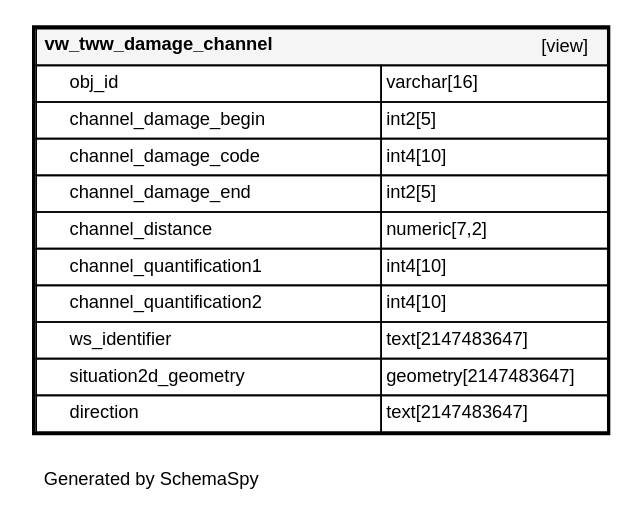
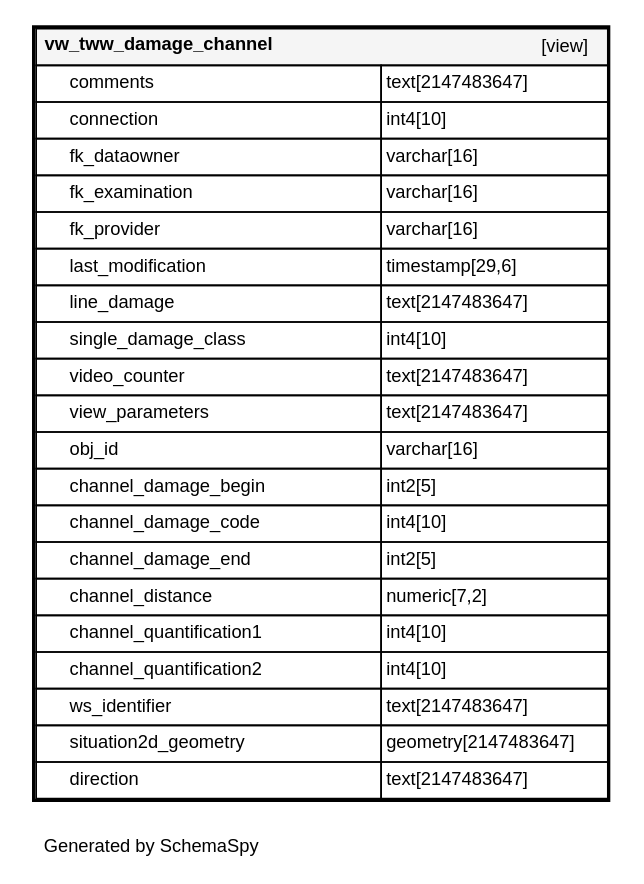
The diagram in fr/_static/datamodel/tww_app/diagrams/tables/vw_tww_damage_channel.1degree.dot (teksi/wastewater), drawn with Graphviz before and after one commit. The commit also changed 365 other files, not shown here.

```diff
--- a/fr/_static/datamodel/tww_app/diagrams/tables/vw_tww_damage_channel.1degree.dot
+++ b/fr/_static/datamodel/tww_app/diagrams/tables/vw_tww_damage_channel.1degree.dot
@@ -1,22 +1,32 @@
 digraph "oneDegreeRelationshipsDiagram" {
   graph [    rankdir="RL"    bgcolor="#ffffff"    label="\nGenerated by SchemaSpy"    labeljust="l"    nodesep="0.18"    ranksep="0.46"    fontname="Helvetica"    fontsize="11"    packmode="graph"  ];  node [    fontname="Helvetica"    fontsize="11"    shape="plaintext"  ];  edge [    arrowsize="0.8"  ];
   "vw_tww_damage_channel" [
    label=<
     <TABLE BORDER="2" CELLBORDER="1" CELLSPACING="0" BGCOLOR="#ffffff">
       <TR><TD COLSPAN="4"  BGCOLOR="#f5f5f5"><TABLE BORDER="0" CELLSPACING="0"><TR><TD ALIGN="LEFT" FIXEDSIZE="TRUE" WIDTH="186" HEIGHT="16"><B>vw_tww_damage_channel</B></TD><TD ALIGN="RIGHT">[view]</TD></TR></TABLE></TD></TR>
+      <TR><TD PORT="comments" COLSPAN="2" ALIGN="LEFT"><TABLE BORDER="0" CELLSPACING="0" ALIGN="LEFT"><TR ALIGN="LEFT"><TD ALIGN="LEFT" FIXEDSIZE="TRUE" WIDTH="15" HEIGHT="16"></TD><TD ALIGN="LEFT" FIXEDSIZE="TRUE" WIDTH="186" HEIGHT="16">comments</TD></TR></TABLE></TD><TD PORT="comments.type" ALIGN="LEFT">text[2147483647]</TD></TR>
+      <TR><TD PORT="connection" COLSPAN="2" ALIGN="LEFT"><TABLE BORDER="0" CELLSPACING="0" ALIGN="LEFT"><TR ALIGN="LEFT"><TD ALIGN="LEFT" FIXEDSIZE="TRUE" WIDTH="15" HEIGHT="16"></TD><TD ALIGN="LEFT" FIXEDSIZE="TRUE" WIDTH="186" HEIGHT="16">connection</TD></TR></TABLE></TD><TD PORT="connection.type" ALIGN="LEFT">int4[10]</TD></TR>
+      <TR><TD PORT="fk_dataowner" COLSPAN="2" ALIGN="LEFT"><TABLE BORDER="0" CELLSPACING="0" ALIGN="LEFT"><TR ALIGN="LEFT"><TD ALIGN="LEFT" FIXEDSIZE="TRUE" WIDTH="15" HEIGHT="16"></TD><TD ALIGN="LEFT" FIXEDSIZE="TRUE" WIDTH="186" HEIGHT="16">fk_dataowner</TD></TR></TABLE></TD><TD PORT="fk_dataowner.type" ALIGN="LEFT">varchar[16]</TD></TR>
+      <TR><TD PORT="fk_examination" COLSPAN="2" ALIGN="LEFT"><TABLE BORDER="0" CELLSPACING="0" ALIGN="LEFT"><TR ALIGN="LEFT"><TD ALIGN="LEFT" FIXEDSIZE="TRUE" WIDTH="15" HEIGHT="16"></TD><TD ALIGN="LEFT" FIXEDSIZE="TRUE" WIDTH="186" HEIGHT="16">fk_examination</TD></TR></TABLE></TD><TD PORT="fk_examination.type" ALIGN="LEFT">varchar[16]</TD></TR>
+      <TR><TD PORT="fk_provider" COLSPAN="2" ALIGN="LEFT"><TABLE BORDER="0" CELLSPACING="0" ALIGN="LEFT"><TR ALIGN="LEFT"><TD ALIGN="LEFT" FIXEDSIZE="TRUE" WIDTH="15" HEIGHT="16"></TD><TD ALIGN="LEFT" FIXEDSIZE="TRUE" WIDTH="186" HEIGHT="16">fk_provider</TD></TR></TABLE></TD><TD PORT="fk_provider.type" ALIGN="LEFT">varchar[16]</TD></TR>
+      <TR><TD PORT="last_modification" COLSPAN="2" ALIGN="LEFT"><TABLE BORDER="0" CELLSPACING="0" ALIGN="LEFT"><TR ALIGN="LEFT"><TD ALIGN="LEFT" FIXEDSIZE="TRUE" WIDTH="15" HEIGHT="16"></TD><TD ALIGN="LEFT" FIXEDSIZE="TRUE" WIDTH="186" HEIGHT="16">last_modification</TD></TR></TABLE></TD><TD PORT="last_modification.type" ALIGN="LEFT">timestamp[29,6]</TD></TR>
+      <TR><TD PORT="line_damage" COLSPAN="2" ALIGN="LEFT"><TABLE BORDER="0" CELLSPACING="0" ALIGN="LEFT"><TR ALIGN="LEFT"><TD ALIGN="LEFT" FIXEDSIZE="TRUE" WIDTH="15" HEIGHT="16"></TD><TD ALIGN="LEFT" FIXEDSIZE="TRUE" WIDTH="186" HEIGHT="16">line_damage</TD></TR></TABLE></TD><TD PORT="line_damage.type" ALIGN="LEFT">text[2147483647]</TD></TR>
+      <TR><TD PORT="single_damage_class" COLSPAN="2" ALIGN="LEFT"><TABLE BORDER="0" CELLSPACING="0" ALIGN="LEFT"><TR ALIGN="LEFT"><TD ALIGN="LEFT" FIXEDSIZE="TRUE" WIDTH="15" HEIGHT="16"></TD><TD ALIGN="LEFT" FIXEDSIZE="TRUE" WIDTH="186" HEIGHT="16">single_damage_class</TD></TR></TABLE></TD><TD PORT="single_damage_class.type" ALIGN="LEFT">int4[10]</TD></TR>
+      <TR><TD PORT="video_counter" COLSPAN="2" ALIGN="LEFT"><TABLE BORDER="0" CELLSPACING="0" ALIGN="LEFT"><TR ALIGN="LEFT"><TD ALIGN="LEFT" FIXEDSIZE="TRUE" WIDTH="15" HEIGHT="16"></TD><TD ALIGN="LEFT" FIXEDSIZE="TRUE" WIDTH="186" HEIGHT="16">video_counter</TD></TR></TABLE></TD><TD PORT="video_counter.type" ALIGN="LEFT">text[2147483647]</TD></TR>
+      <TR><TD PORT="view_parameters" COLSPAN="2" ALIGN="LEFT"><TABLE BORDER="0" CELLSPACING="0" ALIGN="LEFT"><TR ALIGN="LEFT"><TD ALIGN="LEFT" FIXEDSIZE="TRUE" WIDTH="15" HEIGHT="16"></TD><TD ALIGN="LEFT" FIXEDSIZE="TRUE" WIDTH="186" HEIGHT="16">view_parameters</TD></TR></TABLE></TD><TD PORT="view_parameters.type" ALIGN="LEFT">text[2147483647]</TD></TR>
       <TR><TD PORT="obj_id" COLSPAN="2" ALIGN="LEFT"><TABLE BORDER="0" CELLSPACING="0" ALIGN="LEFT"><TR ALIGN="LEFT"><TD ALIGN="LEFT" FIXEDSIZE="TRUE" WIDTH="15" HEIGHT="16"></TD><TD ALIGN="LEFT" FIXEDSIZE="TRUE" WIDTH="186" HEIGHT="16">obj_id</TD></TR></TABLE></TD><TD PORT="obj_id.type" ALIGN="LEFT">varchar[16]</TD></TR>
       <TR><TD PORT="channel_damage_begin" COLSPAN="2" ALIGN="LEFT"><TABLE BORDER="0" CELLSPACING="0" ALIGN="LEFT"><TR ALIGN="LEFT"><TD ALIGN="LEFT" FIXEDSIZE="TRUE" WIDTH="15" HEIGHT="16"></TD><TD ALIGN="LEFT" FIXEDSIZE="TRUE" WIDTH="186" HEIGHT="16">channel_damage_begin</TD></TR></TABLE></TD><TD PORT="channel_damage_begin.type" ALIGN="LEFT">int2[5]</TD></TR>
       <TR><TD PORT="channel_damage_code" COLSPAN="2" ALIGN="LEFT"><TABLE BORDER="0" CELLSPACING="0" ALIGN="LEFT"><TR ALIGN="LEFT"><TD ALIGN="LEFT" FIXEDSIZE="TRUE" WIDTH="15" HEIGHT="16"></TD><TD ALIGN="LEFT" FIXEDSIZE="TRUE" WIDTH="186" HEIGHT="16">channel_damage_code</TD></TR></TABLE></TD><TD PORT="channel_damage_code.type" ALIGN="LEFT">int4[10]</TD></TR>
       <TR><TD PORT="channel_damage_end" COLSPAN="2" ALIGN="LEFT"><TABLE BORDER="0" CELLSPACING="0" ALIGN="LEFT"><TR ALIGN="LEFT"><TD ALIGN="LEFT" FIXEDSIZE="TRUE" WIDTH="15" HEIGHT="16"></TD><TD ALIGN="LEFT" FIXEDSIZE="TRUE" WIDTH="186" HEIGHT="16">channel_damage_end</TD></TR></TABLE></TD><TD PORT="channel_damage_end.type" ALIGN="LEFT">int2[5]</TD></TR>
       <TR><TD PORT="channel_distance" COLSPAN="2" ALIGN="LEFT"><TABLE BORDER="0" CELLSPACING="0" ALIGN="LEFT"><TR ALIGN="LEFT"><TD ALIGN="LEFT" FIXEDSIZE="TRUE" WIDTH="15" HEIGHT="16"></TD><TD ALIGN="LEFT" FIXEDSIZE="TRUE" WIDTH="186" HEIGHT="16">channel_distance</TD></TR></TABLE></TD><TD PORT="channel_distance.type" ALIGN="LEFT">numeric[7,2]</TD></TR>
       <TR><TD PORT="channel_quantification1" COLSPAN="2" ALIGN="LEFT"><TABLE BORDER="0" CELLSPACING="0" ALIGN="LEFT"><TR ALIGN="LEFT"><TD ALIGN="LEFT" FIXEDSIZE="TRUE" WIDTH="15" HEIGHT="16"></TD><TD ALIGN="LEFT" FIXEDSIZE="TRUE" WIDTH="186" HEIGHT="16">channel_quantification1</TD></TR></TABLE></TD><TD PORT="channel_quantification1.type" ALIGN="LEFT">int4[10]</TD></TR>
       <TR><TD PORT="channel_quantification2" COLSPAN="2" ALIGN="LEFT"><TABLE BORDER="0" CELLSPACING="0" ALIGN="LEFT"><TR ALIGN="LEFT"><TD ALIGN="LEFT" FIXEDSIZE="TRUE" WIDTH="15" HEIGHT="16"></TD><TD ALIGN="LEFT" FIXEDSIZE="TRUE" WIDTH="186" HEIGHT="16">channel_quantification2</TD></TR></TABLE></TD><TD PORT="channel_quantification2.type" ALIGN="LEFT">int4[10]</TD></TR>
       <TR><TD PORT="ws_identifier" COLSPAN="2" ALIGN="LEFT"><TABLE BORDER="0" CELLSPACING="0" ALIGN="LEFT"><TR ALIGN="LEFT"><TD ALIGN="LEFT" FIXEDSIZE="TRUE" WIDTH="15" HEIGHT="16"></TD><TD ALIGN="LEFT" FIXEDSIZE="TRUE" WIDTH="186" HEIGHT="16">ws_identifier</TD></TR></TABLE></TD><TD PORT="ws_identifier.type" ALIGN="LEFT">text[2147483647]</TD></TR>
       <TR><TD PORT="situation2d_geometry" COLSPAN="2" ALIGN="LEFT"><TABLE BORDER="0" CELLSPACING="0" ALIGN="LEFT"><TR ALIGN="LEFT"><TD ALIGN="LEFT" FIXEDSIZE="TRUE" WIDTH="15" HEIGHT="16"></TD><TD ALIGN="LEFT" FIXEDSIZE="TRUE" WIDTH="186" HEIGHT="16">situation2d_geometry</TD></TR></TABLE></TD><TD PORT="situation2d_geometry.type" ALIGN="LEFT">geometry[2147483647]</TD></TR>
       <TR><TD PORT="direction" COLSPAN="2" ALIGN="LEFT"><TABLE BORDER="0" CELLSPACING="0" ALIGN="LEFT"><TR ALIGN="LEFT"><TD ALIGN="LEFT" FIXEDSIZE="TRUE" WIDTH="15" HEIGHT="16"></TD><TD ALIGN="LEFT" FIXEDSIZE="TRUE" WIDTH="186" HEIGHT="16">direction</TD></TR></TABLE></TD><TD PORT="direction.type" ALIGN="LEFT">text[2147483647]</TD></TR>
     </TABLE>>
     URL="../../tables/vw_tww_damage_channel.html"
     target="_top"
     tooltip="vw_tww_damage_channel"
   ];
 }
```
